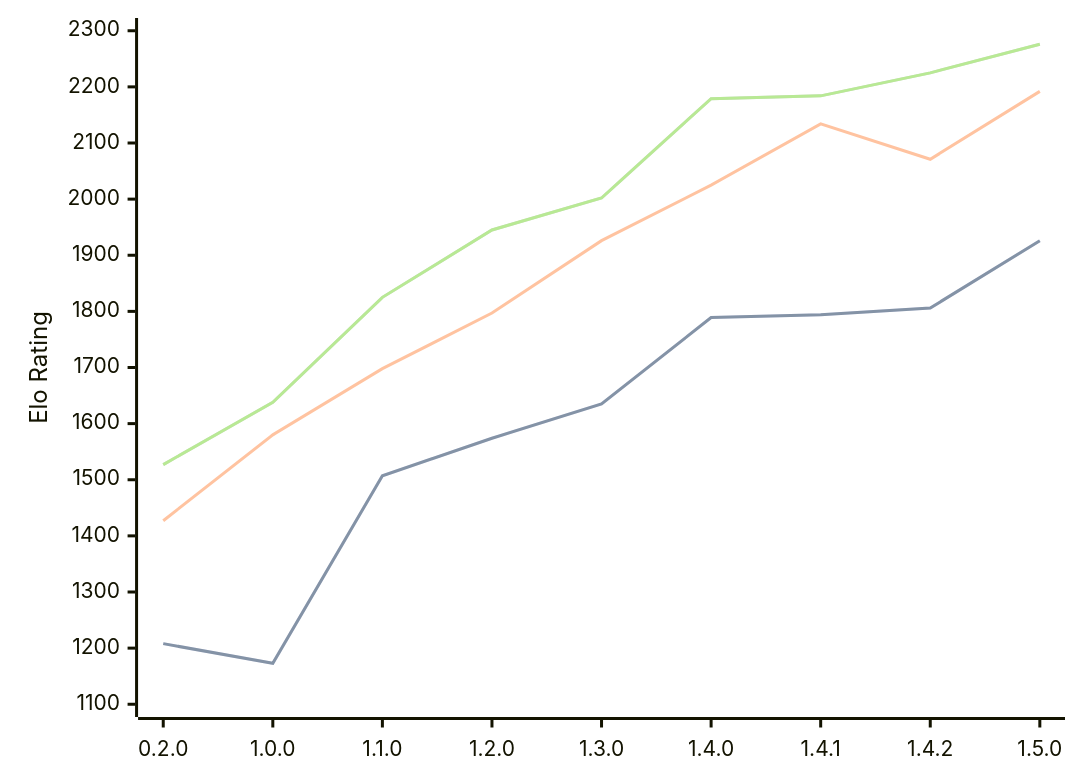
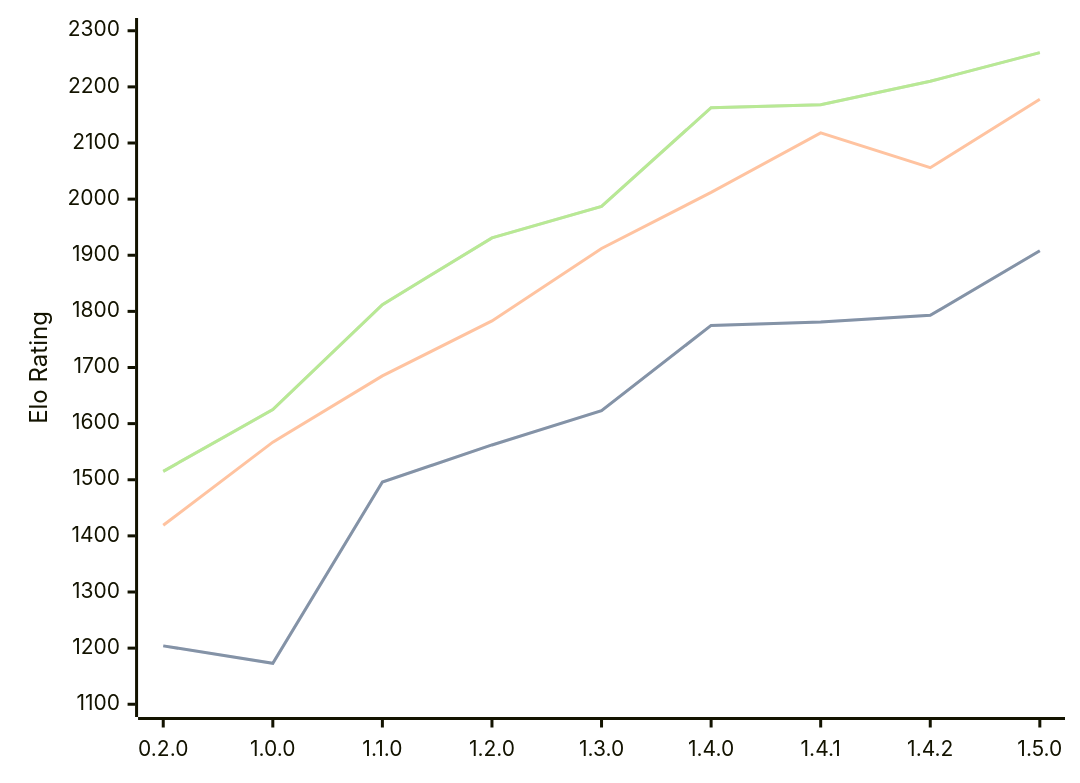
The diagram in engines/Zeppelin.md (computer-chess-index/cci), drawn with Mermaid before and after one commit. The commit also changed other lines of this file, not shown here.

Commit message:
Update CCI Ratings (ELO VLTC) - 2026-05-20

````diff
--- a/engines/Zeppelin.md
+++ b/engines/Zeppelin.md
@@ -41,11 +41,11 @@
 ```mermaid
 %%{init: {"theme":"base","themeVariables":{"seriesColors:['#a3a3a3','#222221','#faa371']}}}%%
 xychart-beta
   x-axis ["0.2.0", "1.0.0", "1.1.0", "1.2.0", "1.3.0", "1.4.0", "1.4.1", "1.4.2", "1.5.0"]
   y-axis "Elo Rating" 1100 --> 2300
-  line "STC (8.0+0.08s)" [1208, 1173, 1507, 1574, 1635, 1789, 1794, 1806, 1926]
-  line "STC (8.0+0.08s)" [1208, 1173, 1507, 1574, 1635, 1789, 1794, 1806, 1926]
-  line "LTC (60.0+0.60s)" [1427, 1580, 1698, 1797, 1926, 2025, 2134, 2071, 2192]
-  line "VLTC (2m24s+1.12s)" [1527, 1638, 1825, 1945, 2002, 2179, 2184, 2225, 2276]
-  line "VLTC (2m24s+1.12s)" [1527, 1638, 1825, 1945, 2002, 2179, 2184, 2225, 2276]
+  line "STC (8.0+0.08s)" [1204, 1173, 1496, 1562, 1623, 1775, 1781, 1793, 1908]
+  line "STC (8.0+0.08s)" [1204, 1173, 1496, 1562, 1623, 1775, 1781, 1793, 1908]
+  line "LTC (60.0+0.60s)" [1419, 1567, 1685, 1783, 1912, 2012, 2118, 2056, 2178]
+  line "VLTC (2m24s+1.12s)" [1515, 1625, 1812, 1931, 1987, 2163, 2168, 2210, 2261]
+  line "VLTC (2m24s+1.12s)" [1515, 1625, 1812, 1931, 1987, 2163, 2168, 2210, 2261]
 ```
````
